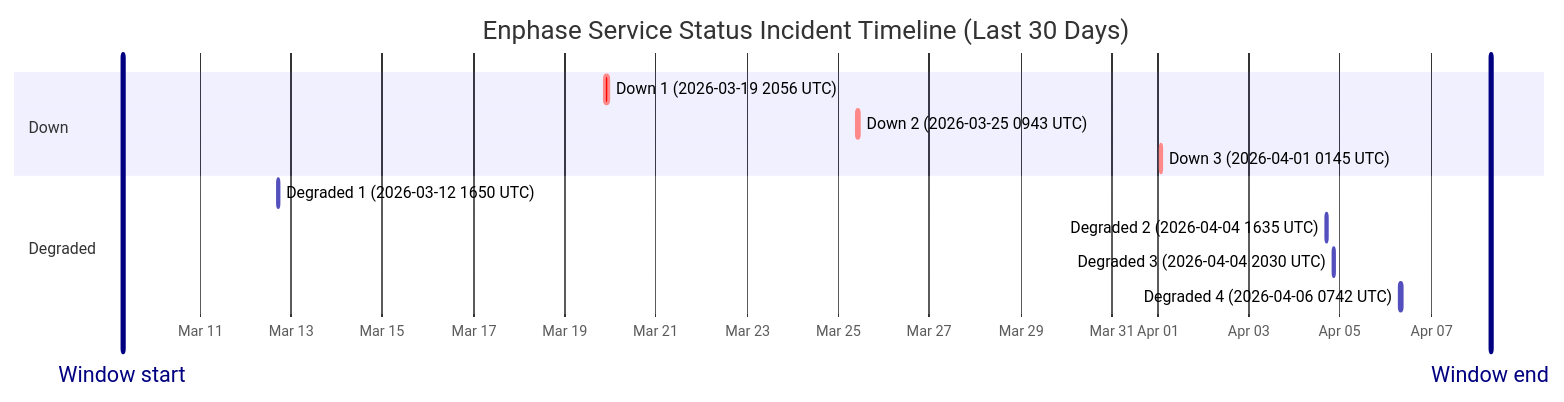
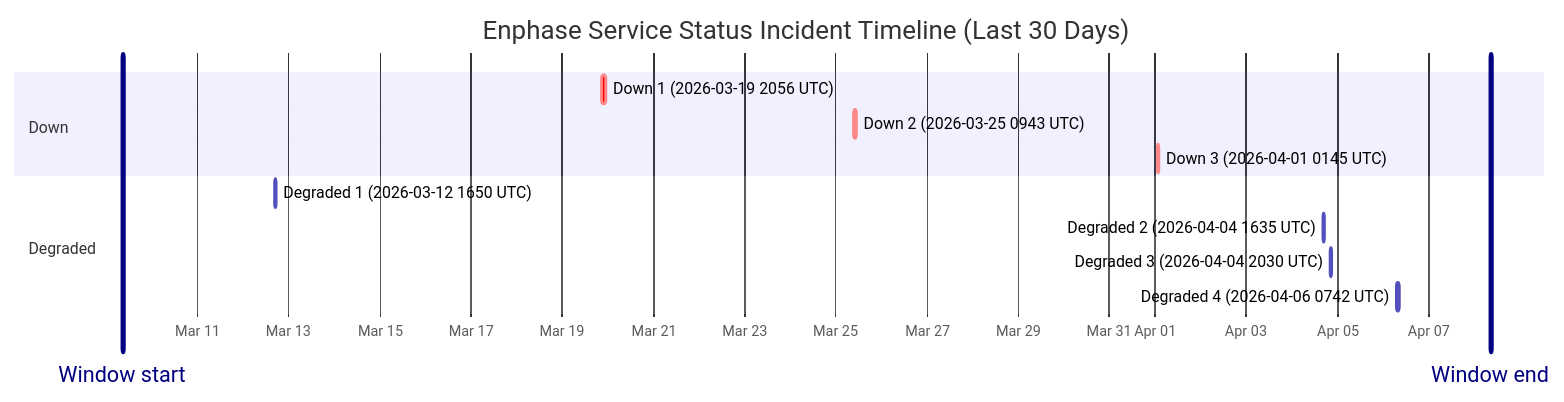
Before and after one commit to barneyonline/ha-enphase-ev-charger: the diagram in wiki/Service-Status-History.md, drawn with Mermaid. The commit also changed other lines of this file and 3 other files, not shown here.

````diff
--- a/wiki/Service-Status-History.md
+++ b/wiki/Service-Status-History.md
@@ -14,17 +14,17 @@
 ```mermaid
 gantt
     title Enphase Service Status Incident Timeline (Last 30 Days)
     dateFormat  YYYY-MM-DDTHH:mm:ss
     axisFormat  %b %d
-    Window start :vert, window-start, 2026-03-09T07:18:44, 0ms
-    Window end :vert, window-end, 2026-04-08T07:18:44, 0ms
+    Window start :vert, window-start, 2026-03-09T08:41:36, 0ms
+    Window end :vert, window-end, 2026-04-08T08:41:36, 0ms
     section Down
     Down 1 (2026-03-19 2056 UTC) :crit, down-1, 2026-03-19T20:56:20, 145m
     Down 2 (2026-03-25 0943 UTC) :crit, down-2, 2026-03-25T09:43:28, 111m
     Down 3 (2026-04-01 0145 UTC) :crit, down-3, 2026-04-01T01:45:09, 60m
     section Degraded
     Degraded 1 (2026-03-12 1650 UTC) :active, degraded-1, 2026-03-12T16:50:43, 60m
     Degraded 2 (2026-04-04 1635 UTC) :active, degraded-2, 2026-04-04T16:35:17, 60m
     Degraded 3 (2026-04-04 2030 UTC) :active, degraded-3, 2026-04-04T20:30:40, 60m
     Degraded 4 (2026-04-06 0742 UTC) :active, degraded-4, 2026-04-06T07:42:09, 85m
 ```
````
